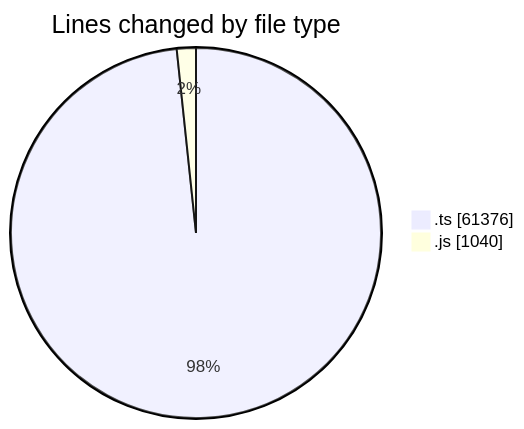
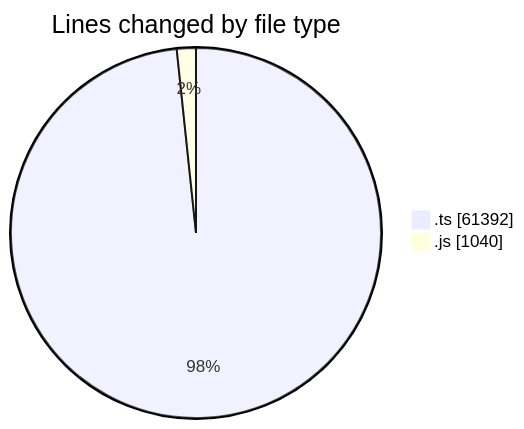
The first of 2 diagrams in 2025-09-29/cda/README.md (momahboobian/code-tracking), drawn with Mermaid before and after one commit. The commit also changed other lines of this file and 1 other file, not shown here.

````diff
--- a/2025-09-29/cda/README.md
+++ b/2025-09-29/cda/README.md
@@ -27,6 +27,6 @@
 ```mermaid
 pie showData
 title Lines changed by file type
-".ts" : 61376
+".ts" : 61392
 ".js" : 1040
 ```
````
